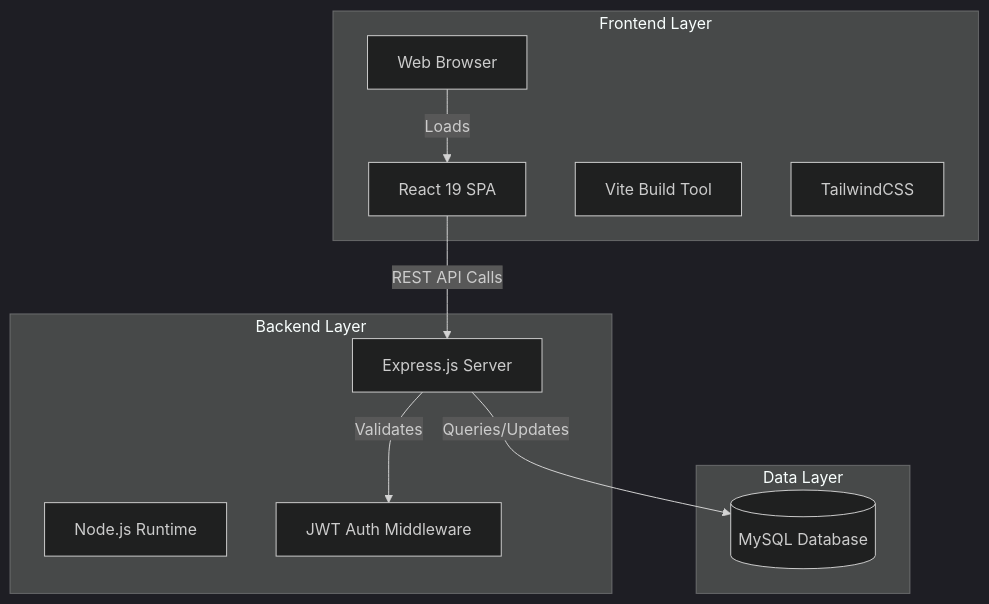
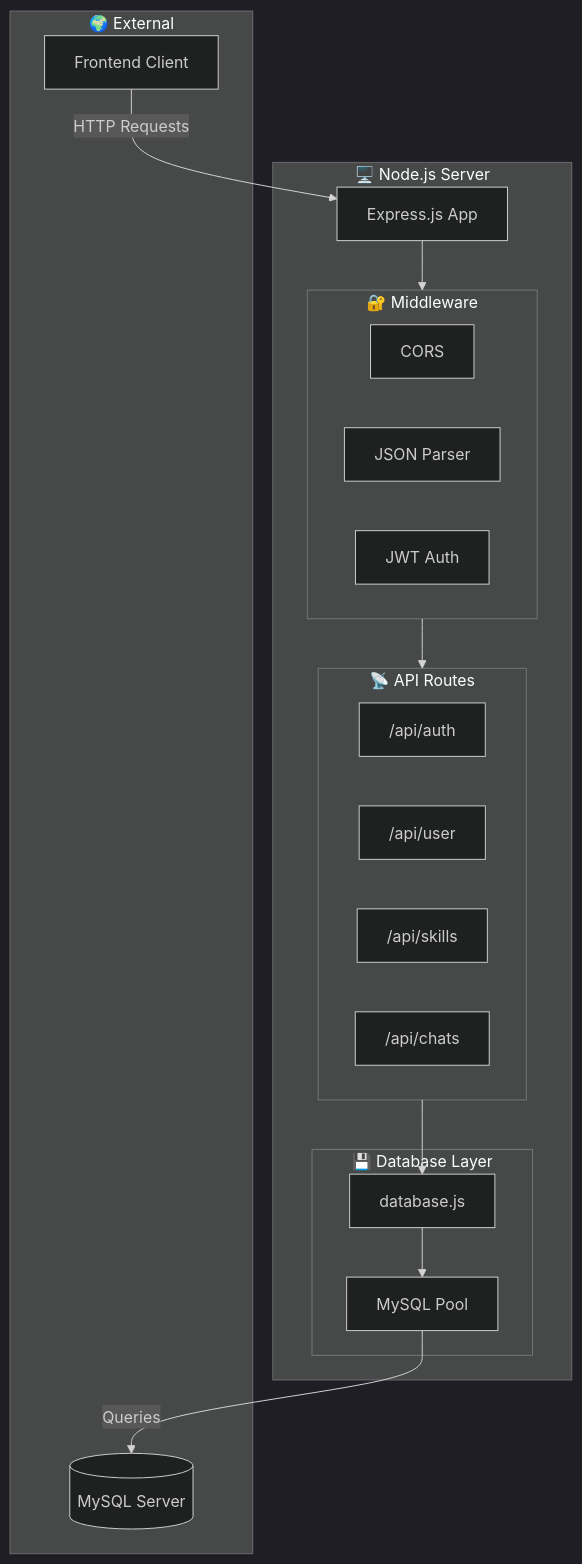
The second of 6 diagrams in presentation_content.md (Gopulucky/RTRP), drawn with Mermaid (dark theme) before and after one commit. The commit also changed other lines of this file, not shown here.

Commit message:
Update presentation with 5 architecture diagrams: Frontend, Backend, Auth Flow, Database, System Flow

````diff
--- a/presentation_content.md
+++ b/presentation_content.md
@@ -78,24 +138,37 @@
 ```mermaid
-graph TD
-    subgraph Client [Frontend Layer]
-        Browser[Web Browser]
-        ReactApp[React 19 SPA]
-        Vite[Vite Build Tool]
-        Tailwind[TailwindCSS]
+graph TB
+    subgraph Server["🖥️ Node.js Server"]
+        Express[Express.js App]
+        
+        subgraph Middleware["🔐 Middleware"]
+            CORS[CORS]
+            JSON[JSON Parser]
+            Auth[JWT Auth]
+        end
+        
+        subgraph Routes["📡 API Routes"]
+            AuthRoutes["/api/auth"]
+            UserRoutes["/api/user"]
+            SkillRoutes["/api/skills"]
+            ChatRoutes["/api/chats"]
+        end
+        
+        subgraph Database["💾 Database Layer"]
+            DBModule[database.js]
+            Pool[MySQL Pool]
+        end
     end
-
-    subgraph Server [Backend Layer]
-        NodeJS[Node.js Runtime]
-        Express[Express.js Server]
-        Auth[JWT Auth Middleware]
+    
+    Express --> Middleware
+    Middleware --> Routes
+    Routes --> DBModule
+    DBModule --> Pool
+    
+    subgraph External["🌍 External"]
+        Client[Frontend Client]
+        MySQL[(MySQL Server)]
     end
-
-    subgraph Database [Data Layer]
-        MySQL[(MySQL Database)]
-    end
-
-    Browser -->|Loads| ReactApp
-    ReactApp -->|REST API Calls| Express
-    Express -->|Validates| Auth
-    Express -->|Queries/Updates| MySQL
+    
+    Client -->|HTTP Requests| Express
+    Pool -->|Queries| MySQL
 ```
````
